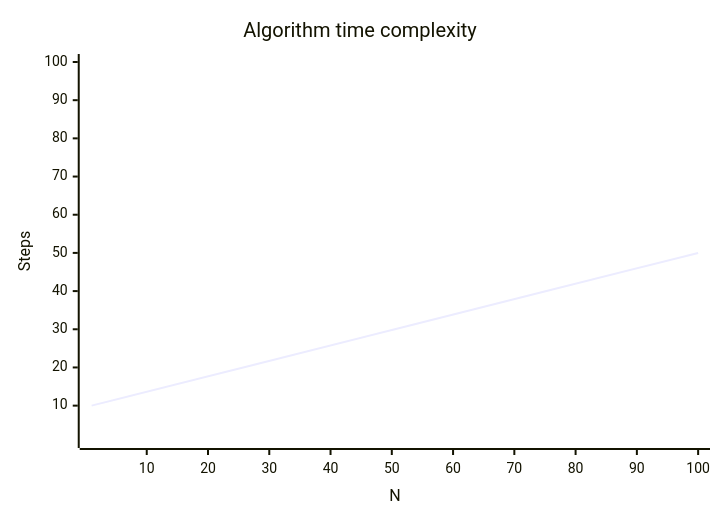
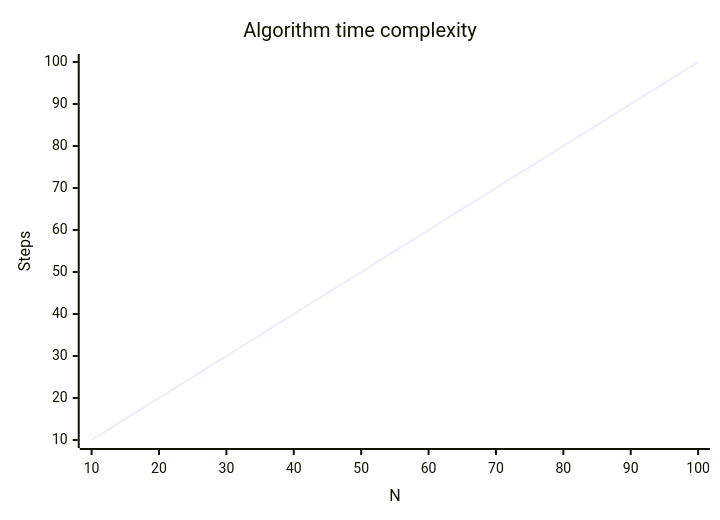
The diagram in content/03 - Resources/YouTube/"Algorithms and Data Structures Tutorial - Full Course for Beginners" by FreeCodeCamp.org.md (ALifeLivedFully-Domain/Notes.ALifeLivedFully.com), drawn with Mermaid before and after one commit.

````diff
--- a/content/03 - Resources/YouTube/"Algorithms and Data Structures Tutorial - Full Course for Beginners" by FreeCodeCamp.org.md
+++ b/content/03 - Resources/YouTube/"Algorithms and Data Structures Tutorial - Full Course for Beginners" by FreeCodeCamp.org.md
@@ -141,7 +141,7 @@
 ```mermaid
 xychart-beta
 title "Algorithm time complexity"
-x-axis "N" 1 --> 100
-y-axis "Steps" 1 --> 100
-line [10, 20, 30, 40, 50]
+x-axis "N" 10 --> 100
+y-axis "Steps" 10 --> 100
+line [10, 20, 30, 40, 50, 60, 70, 80, 90, 100]
 ```
````
